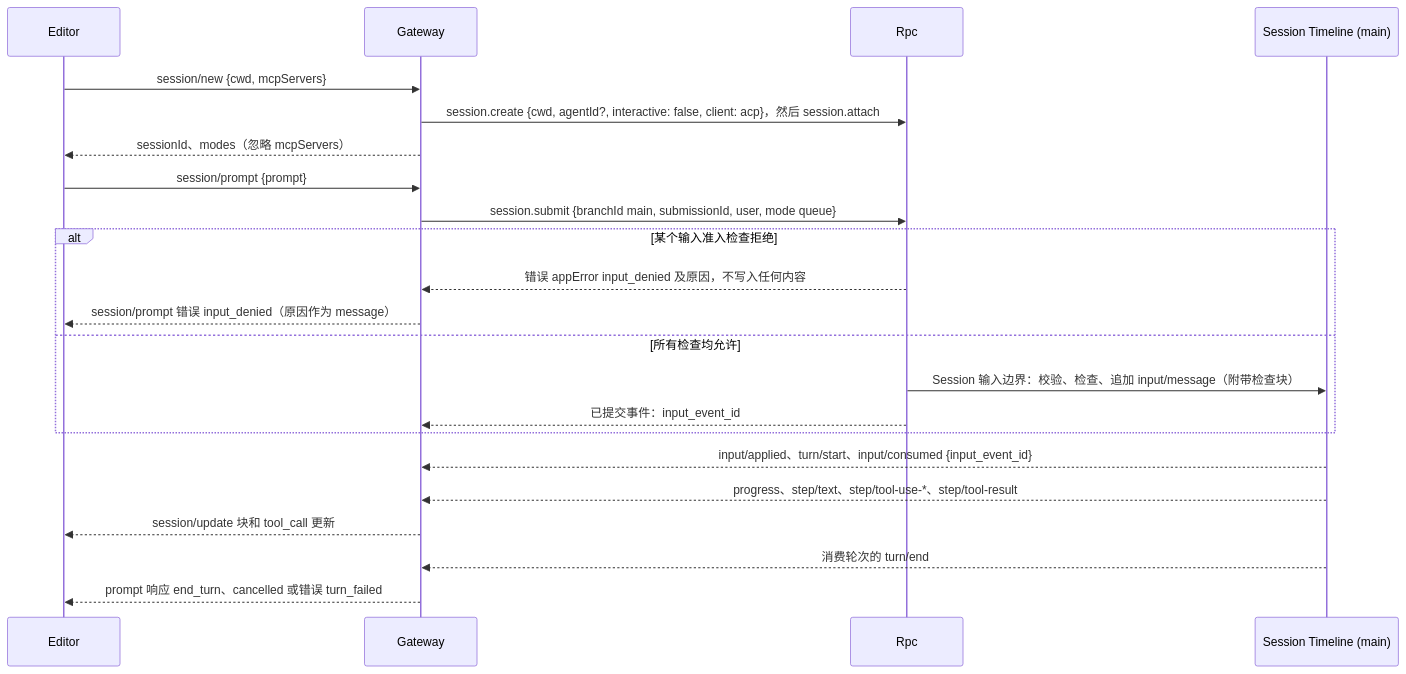
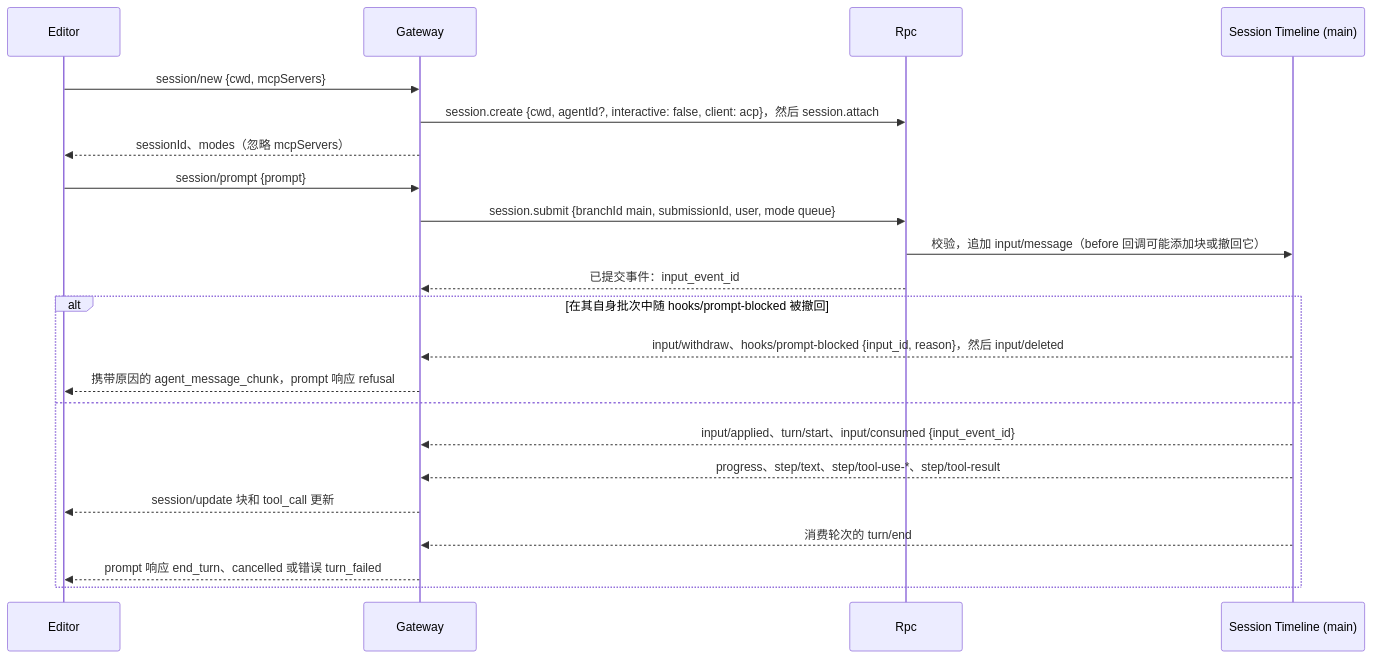
The third of 5 diagrams in docs/zh/design/plugins/AcpGateway.md (CoutinhoTTS/dim-agent), drawn with Mermaid before and after one commit. The commit also changed other lines of this file and 18 other files, not shown here.

Commit message:
docs(zh): sync translations with hooks via before callbacks and withdraw/delete events

````diff
--- a/docs/zh/design/plugins/AcpGateway.md
+++ b/docs/zh/design/plugins/AcpGateway.md
@@ -65,24 +65,24 @@
 ```mermaid
 sequenceDiagram
   participant E as Editor
   participant G as Gateway
   participant R as Rpc
   participant TL as Session Timeline (main)
   E->>G: session/new {cwd, mcpServers}
   G->>R: session.create {cwd, agentId?, interactive: false, client: acp}，然后 session.attach
   G-->>E: sessionId、modes（忽略 mcpServers）
   E->>G: session/prompt {prompt}
   G->>R: session.submit {branchId main, submissionId, user, mode queue}
-  alt 某个输入准入检查拒绝
-    R-->>G: 错误 appError input_denied 及原因，不写入任何内容
-    G-->>E: session/prompt 错误 input_denied（原因作为 message）
-  else 所有检查均允许
-    R->>TL: Session 输入边界：校验、检查、追加 input/message（附带检查块）
-    R-->>G: 已提交事件：input_event_id
-  end
+  R->>TL: 校验，追加 input/message（before 回调可能添加块或撤回它）
+  R-->>G: 已提交事件：input_event_id
+  alt 在其自身批次中随 hooks/prompt-blocked 被撤回
+    TL-->>G: input/withdraw、hooks/prompt-blocked {input_id, reason}，然后 input/deleted
+    G-->>E: 携带原因的 agent_message_chunk，prompt 响应 refusal
+  else
   TL-->>G: input/applied、turn/start、input/consumed {input_event_id}
   TL-->>G: progress、step/text、step/tool-use-*、step/tool-result
   G-->>E: session/update 块和 tool_call 更新
   TL-->>G: 消费轮次的 turn/end
   G-->>E: prompt 响应 end_turn、cancelled 或错误 turn_failed
+  end
 ```
````
